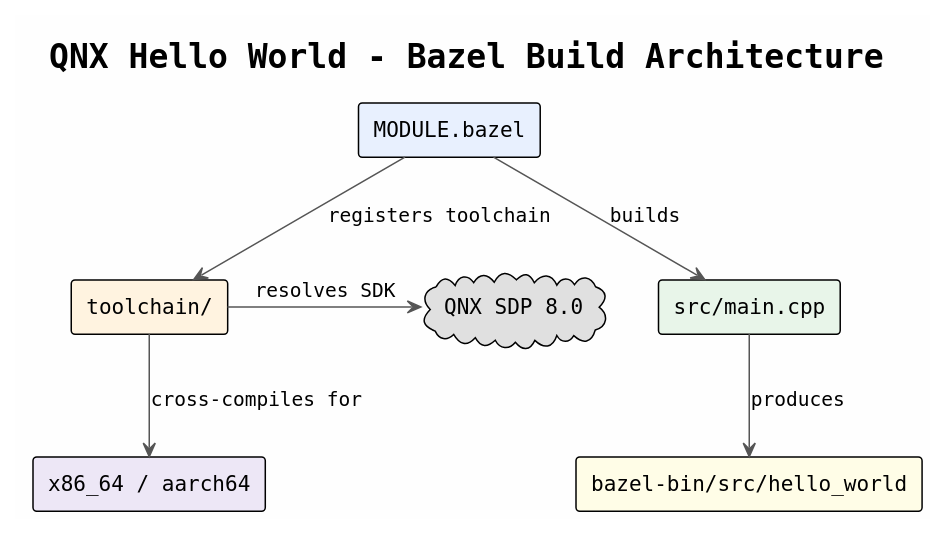
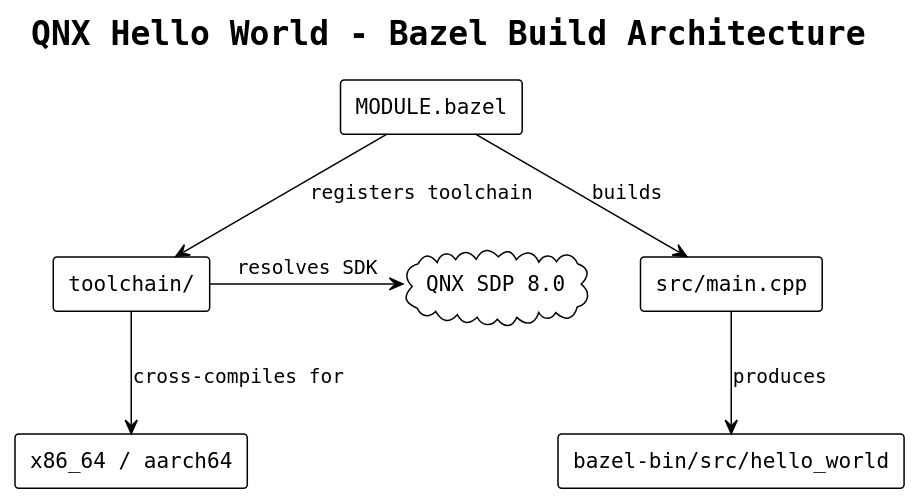
Before and after one commit to MasakatsuFunaki/qnx_hello_world: the diagram in doc/bazel/bazel_architecture.puml, drawn with PlantUML. The commit also changed 8 other files, not shown here.

```diff
--- a/doc/bazel/bazel_architecture.puml
+++ b/doc/bazel/bazel_architecture.puml
@@ -1,22 +1,20 @@
 @startuml bazel_architecture
 !theme plain
-skinparam backgroundColor #FEFEFE
 skinparam defaultFontName Monospaced
-skinparam arrowColor #555555
 
 title **QNX Hello World – Bazel Build Architecture**
 
-rectangle "MODULE.bazel" as module #E8F0FE
-rectangle "src/main.cpp" as src #E8F5E9
-rectangle "toolchain/" as tc #FFF3E0
-cloud "QNX SDP 8.0" as sdk #E0E0E0
-rectangle "x86_64 / aarch64" as targets #EDE7F6
-rectangle "bazel-bin/src/hello_world" as output #FFFDE7
+rectangle "MODULE.bazel" as module
+rectangle "src/main.cpp" as src
+rectangle "toolchain/" as tc
+cloud "QNX SDP 8.0" as sdk
+rectangle "x86_64 / aarch64" as targets
+rectangle "bazel-bin/src/hello_world" as output
 
 module -down-> src : "builds"
 module -down-> tc : "registers toolchain"
 tc -right-> sdk : "resolves SDK"
 tc -down-> targets : "cross-compiles for"
 src -down-> output : "produces"
 
 @enduml
```
